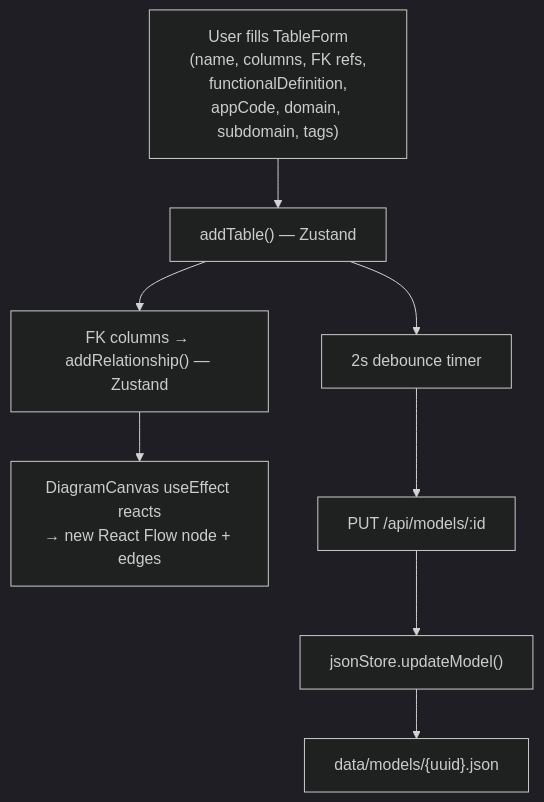
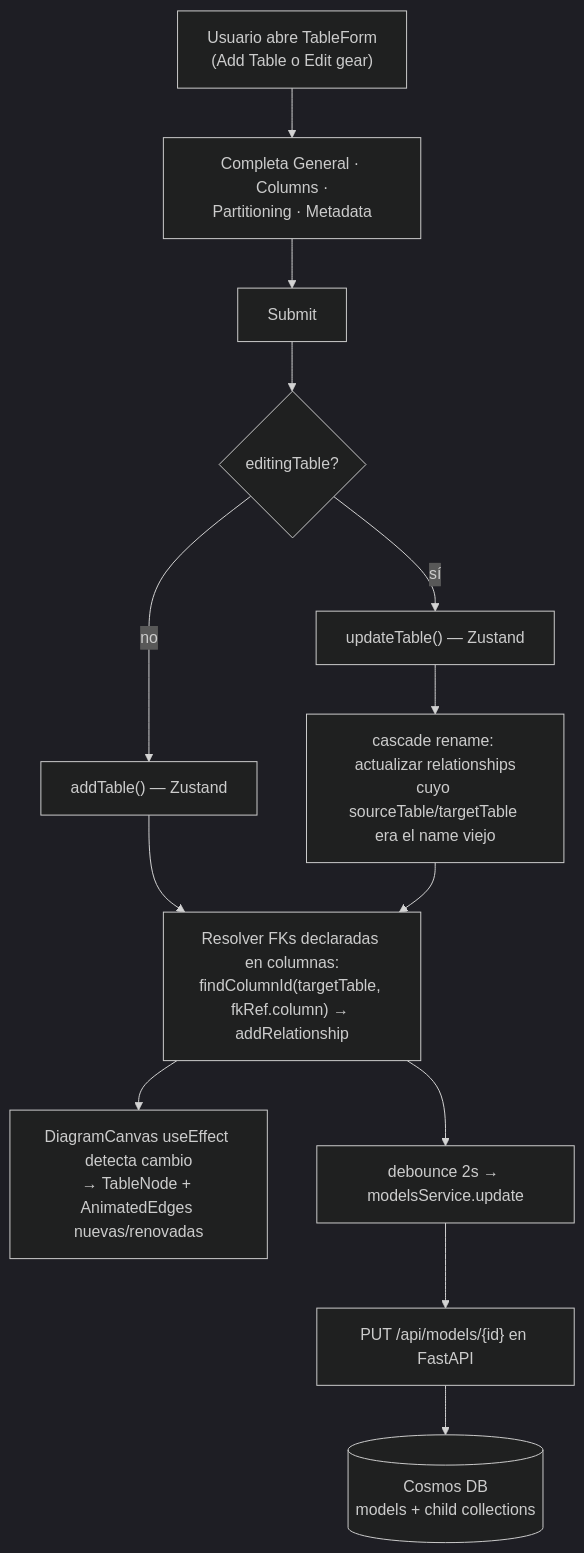
Before and after one commit to Carlosmps97/web-data-model-hub: the second of 13 diagrams in doc/data-flow.md, drawn with Mermaid (dark theme). The commit also changed other lines of this file and 5 other files, not shown here.

````diff
--- a/doc/data-flow.md
+++ b/doc/data-flow.md
@@ -11,10 +46,15 @@
 ```mermaid
 flowchart TD
-    A["User fills TableForm\n(name, columns, FK refs,\nfunctionalDefinition,\nappCode, domain, subdomain, tags)"] --> B["addTable() — Zustand"]
-    B --> C["FK columns → addRelationship() — Zustand"]
-    C --> D["DiagramCanvas useEffect reacts\n→ new React Flow node + edges"]
-    B --> E["2s debounce timer"]
-    E --> F["PUT /api/models/:id"]
-    F --> G["jsonStore.updateModel()"]
-    G --> H["data/models/{uuid}.json"]
+    A["Usuario abre TableForm<br/>(Add Table o Edit gear)"] --> B["Completa General · Columns ·<br/>Partitioning · Metadata"]
+    B --> C["Submit"]
+    C --> D{"editingTable?"}
+    D -->|"sí"| U["updateTable() — Zustand"]
+    D -->|"no"| AD["addTable() — Zustand"]
+    U --> CR["cascade rename: actualizar relationships<br/>cuyo sourceTable/targetTable era el name viejo"]
+    AD --> RES["Resolver FKs declaradas en columnas:<br/>findColumnId(targetTable, fkRef.column) → addRelationship"]
+    CR --> RES
+    RES --> RF["DiagramCanvas useEffect detecta cambio<br/>→ TableNode + AnimatedEdges nuevas/renovadas"]
+    RES --> SAVE["debounce 2s → modelsService.update"]
+    SAVE --> FA["PUT /api/models/{id} en FastAPI"]
+    FA --> DB[("Cosmos DB<br/>models + child collections")]
 ```
````
